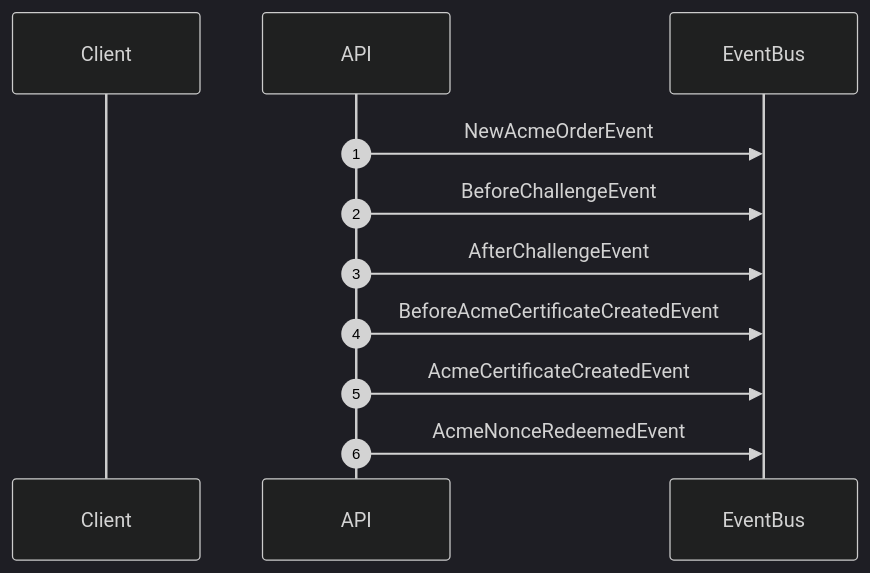
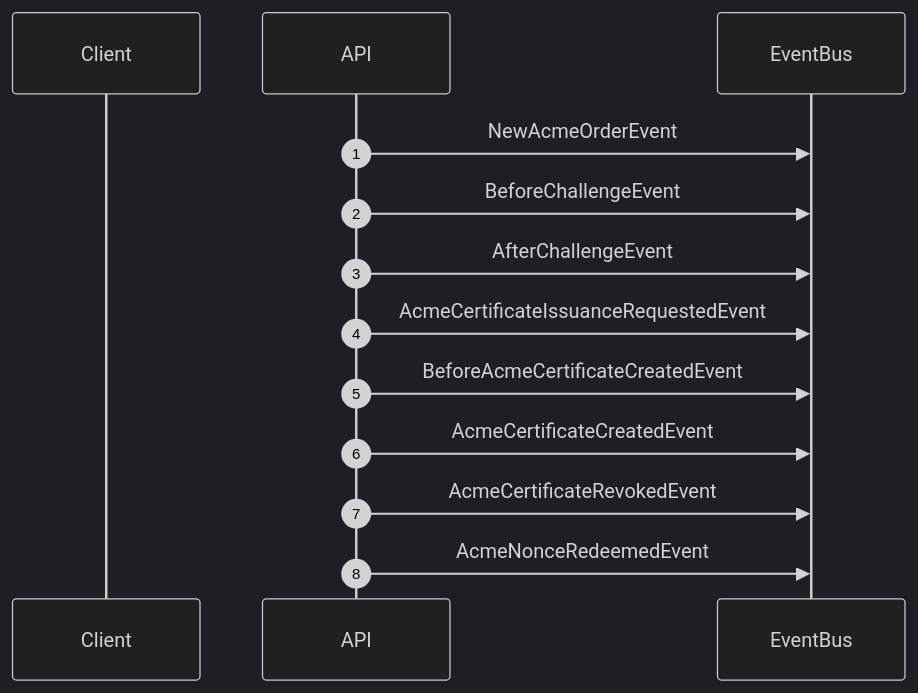
The second of 2 diagrams in docs/developer/EventFlow.md (morihofi/acmeserver), drawn with Mermaid (dark theme) before and after one commit. The commit also changed 11 other files, not shown here.

Commit message:
feat(cert): issue and revoke via event bus

````diff
--- a/docs/developer/EventFlow.md
+++ b/docs/developer/EventFlow.md
@@ -22,14 +22,16 @@
 ```mermaid
 sequenceDiagram
     autonumber
     participant Client
     participant API
     participant EventBus
 
     API->>EventBus: NewAcmeOrderEvent
     API->>EventBus: BeforeChallengeEvent
     API->>EventBus: AfterChallengeEvent
+    API->>EventBus: AcmeCertificateIssuanceRequestedEvent
     API->>EventBus: BeforeAcmeCertificateCreatedEvent
     API->>EventBus: AcmeCertificateCreatedEvent
+    API->>EventBus: AcmeCertificateRevokedEvent
     API->>EventBus: AcmeNonceRedeemedEvent
 ```
````
